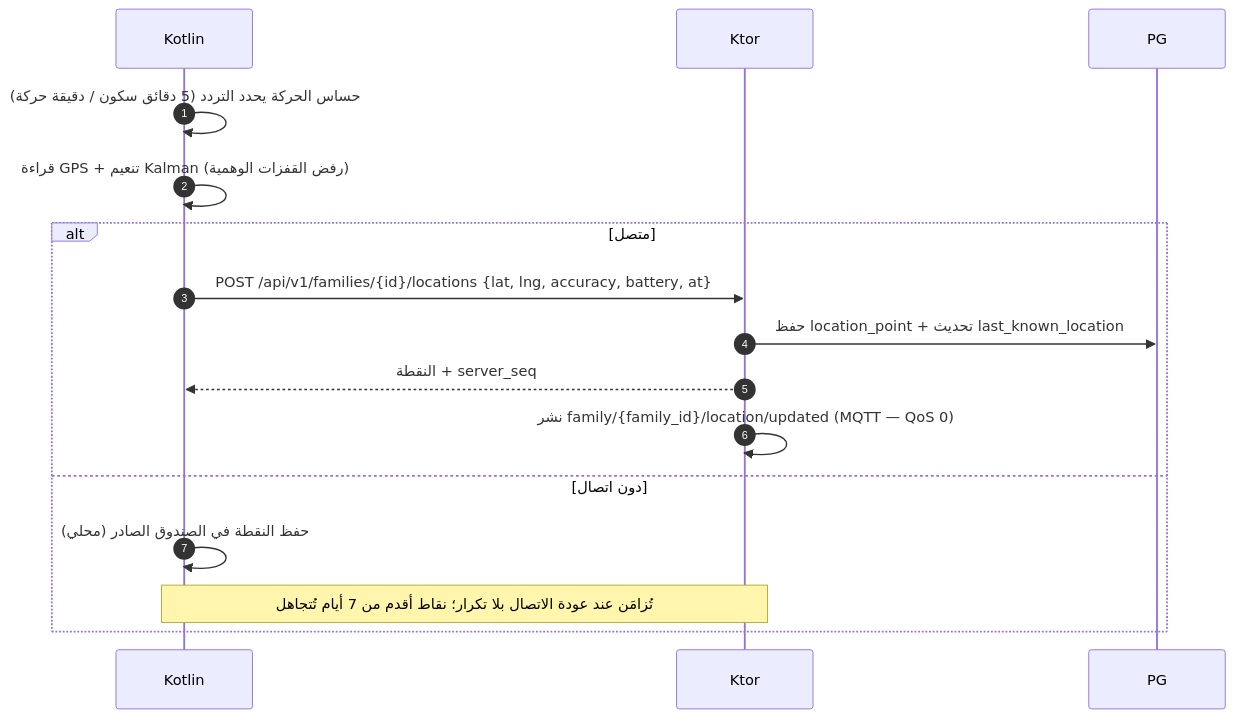
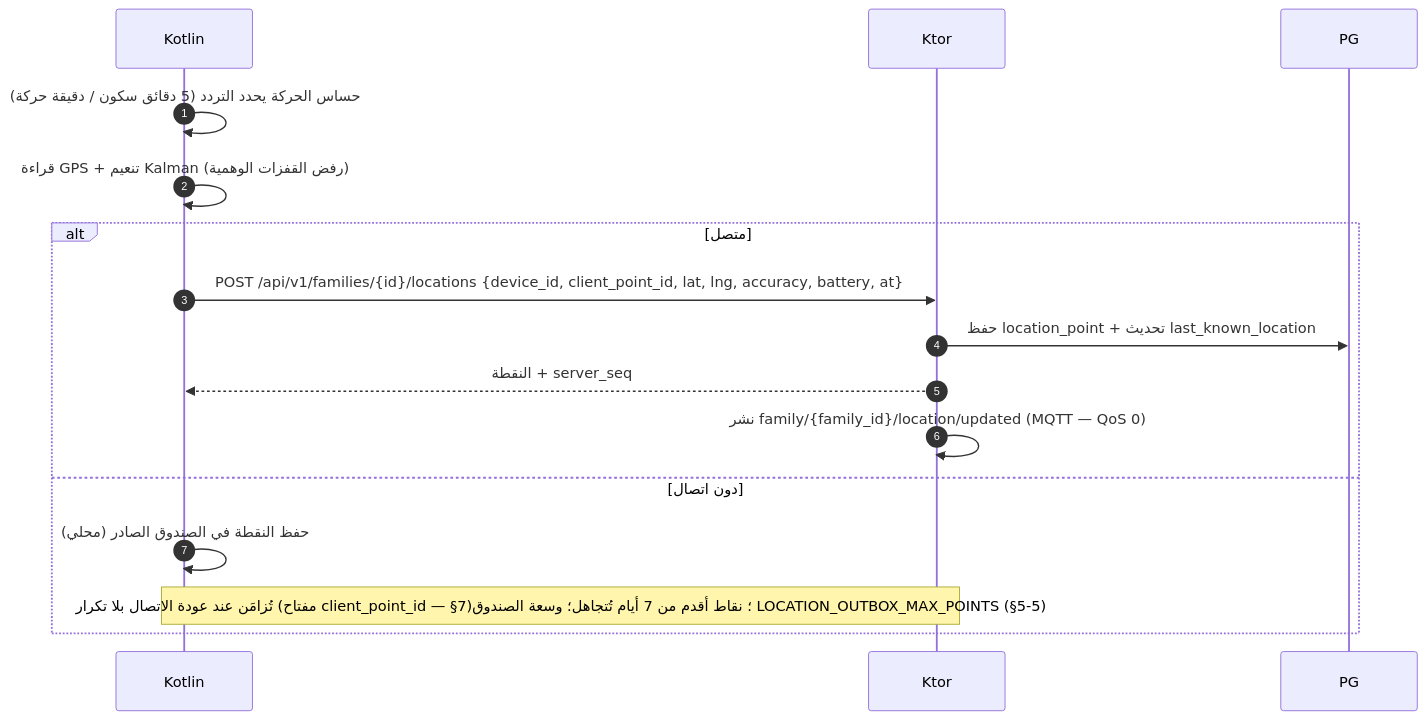
One commit to Bassam-mohammed-alqaeadi/family-os-v2 changed the third of 13 diagrams in docs/family-os/governance/phases/phase-1/S1-07-location-basic/DIAGRAMS.md. Above: the diagram before and after it, drawn with Mermaid. The commit also changed other lines of this file and 6 other files, not shown here.

````diff
--- a/docs/family-os/governance/phases/phase-1/S1-07-location-basic/DIAGRAMS.md
+++ b/docs/family-os/governance/phases/phase-1/S1-07-location-basic/DIAGRAMS.md
@@ -151,18 +154,18 @@
 ```mermaid
 sequenceDiagram
     autonumber
     participant خدمة as Kotlin
     participant الخادم as Ktor
     participant المخزن as PG
     خدمة->>خدمة: حساس الحركة يحدد التردد (5 دقائق سكون / دقيقة حركة)
     خدمة->>خدمة: قراءة GPS + تنعيم Kalman (رفض القفزات الوهمية)
     alt متصل
-        خدمة->>الخادم: POST /api/v1/families/{id}/locations {lat, lng, accuracy, battery, at}
+        خدمة->>الخادم: POST /api/v1/families/{id}/locations {device_id, client_point_id, lat, lng, accuracy, battery, at}
         الخادم->>المخزن: حفظ location_point + تحديث last_known_location
         الخادم-->>خدمة: النقطة + server_seq
         الخادم->>الخادم: نشر family/{family_id}/location/updated (MQTT — QoS 0)
     else دون اتصال
         خدمة->>خدمة: حفظ النقطة في الصندوق الصادر (محلي)
-        Note over خدمة,الخادم: تُزامَن عند عودة الاتصال بلا تكرار؛ نقاط أقدم من 7 أيام تُتجاهل
+        Note over خدمة,الخادم: تُزامَن عند عودة الاتصال بلا تكرار (مفتاح client_point_id — §7)؛ نقاط أقدم من 7 أيام تُتجاهل؛ وسعة الصندوق LOCATION_OUTBOX_MAX_POINTS (§5-5)
     end
 ```
````
